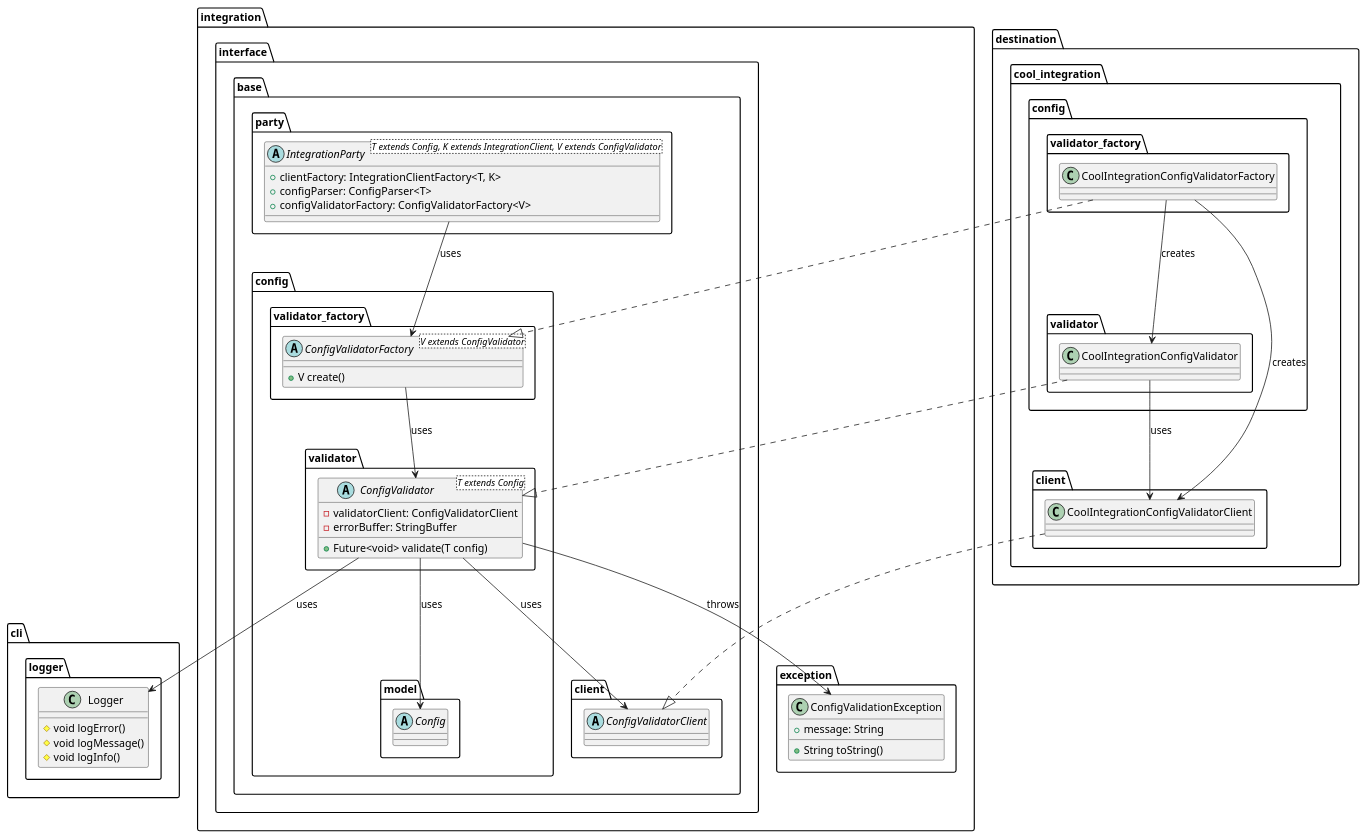
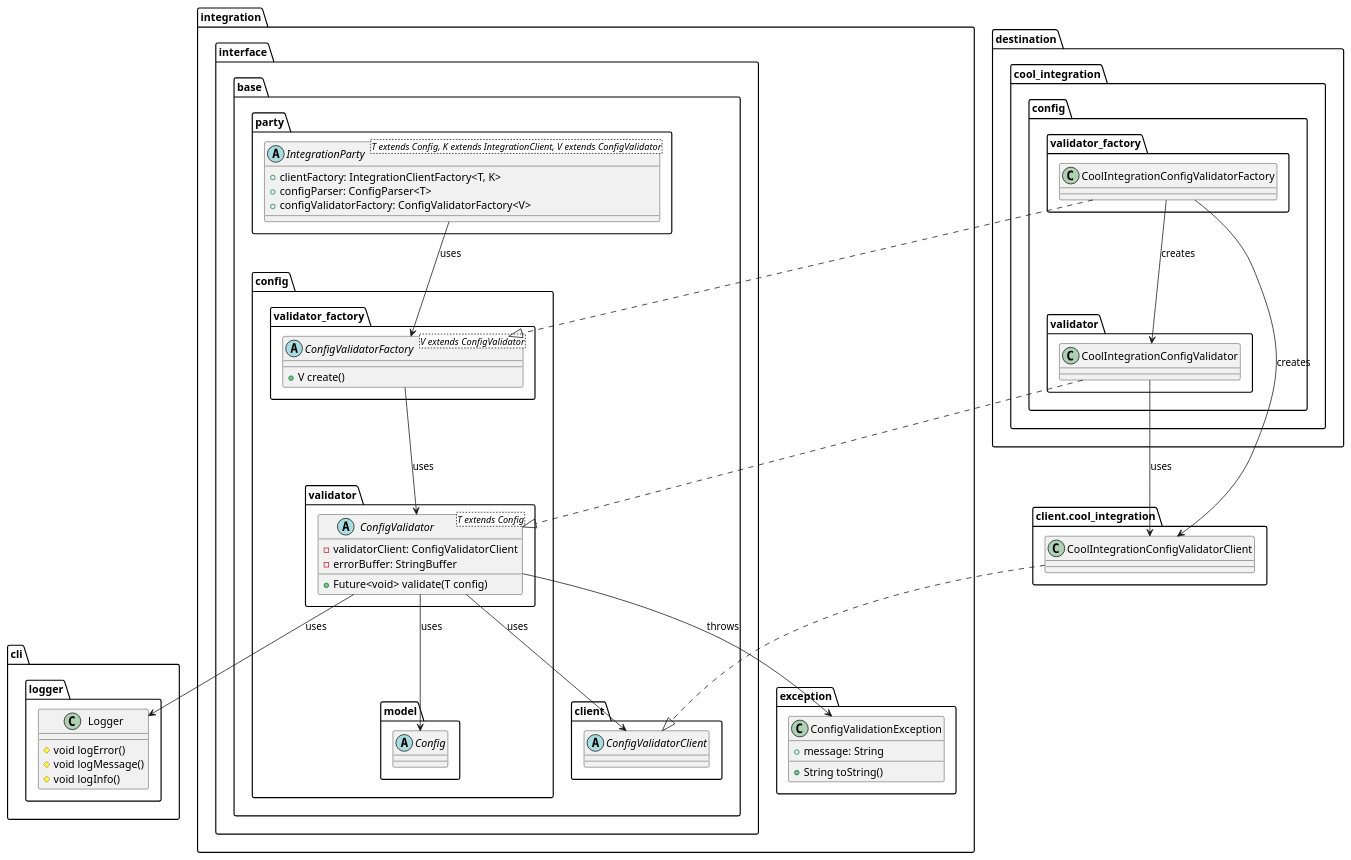
The diagram in metrics/ci_integrations/docs/diagrams/ci_integrations_config_validator_class_diagram.puml (Flank/flank-dashboard), drawn with PlantUML before and after one commit. The commit also changed 1 other file, not shown here.

Commit message:
Fix package structure

```diff
--- a/metrics/ci_integrations/docs/diagrams/ci_integrations_config_validator_class_diagram.puml
+++ b/metrics/ci_integrations/docs/diagrams/ci_integrations_config_validator_class_diagram.puml
@@ -1,87 +1,86 @@
 @startuml ci_integrations_config_validator_class_diagram
 
     package integration {
         package interface.base {
             package party {
                 abstract class IntegrationParty<T extends Config, K extends IntegrationClient, V extends ConfigValidator> {
                     + clientFactory: IntegrationClientFactory<T, K>
                     + configParser: ConfigParser<T>
                     + configValidatorFactory: ConfigValidatorFactory<V>
                 }
             }
 
             package client {
                 abstract class ConfigValidatorClient {}
             }
 
             package config {
                 package model {
                     abstract class Config {}
                 }
 
                 package validator {
                     abstract class ConfigValidator<T extends Config> {
                         - validatorClient: ConfigValidatorClient
                         - errorBuffer: StringBuffer
                         + Future<void> validate(T config)
                     }
                 }
 
                 package validator_factory {
                     abstract class ConfigValidatorFactory<V extends ConfigValidator> {
                         + V create()
                     }
                 }
             }
         }
 
         package exception {
             class ConfigValidationException {
                 + message: String
                 + String toString()
             }
         }
-
     }
 
     package destination.cool_integration {
         package config as cool_integration_config {
             package validator as cool_integration_validator {
                 class CoolIntegrationConfigValidator {}
             }
 
             package validator_factory as cool_integration_validator_validator_factory {
                 class CoolIntegrationConfigValidatorFactory {}
             }
         }
+    }
 
-        package client as cool_integration_client {
-            class CoolIntegrationConfigValidatorClient {}
-        }
+     package client.cool_integration as client_cool_integration {
+        class CoolIntegrationConfigValidatorClient {}
     }
 
     package cli.logger {
         class Logger {
             # void logError()
             # void logMessage()
             # void logInfo()
         }
     }
 
     IntegrationParty --> ConfigValidatorFactory : uses
 
     ConfigValidatorFactory --> ConfigValidator : uses
 
     ConfigValidator --> ConfigValidatorClient : uses
     ConfigValidator --> ConfigValidationException : throws
     ConfigValidator --> Logger : uses
     ConfigValidator --> Config : uses
 
     CoolIntegrationConfigValidator ..|> ConfigValidator
     CoolIntegrationConfigValidator --> CoolIntegrationConfigValidatorClient : uses
     CoolIntegrationConfigValidatorFactory ..|> ConfigValidatorFactory
     CoolIntegrationConfigValidatorFactory --> CoolIntegrationConfigValidator : creates
     CoolIntegrationConfigValidatorFactory --> CoolIntegrationConfigValidatorClient : creates
     CoolIntegrationConfigValidatorClient ..|> ConfigValidatorClient
 
 @enduml
```
